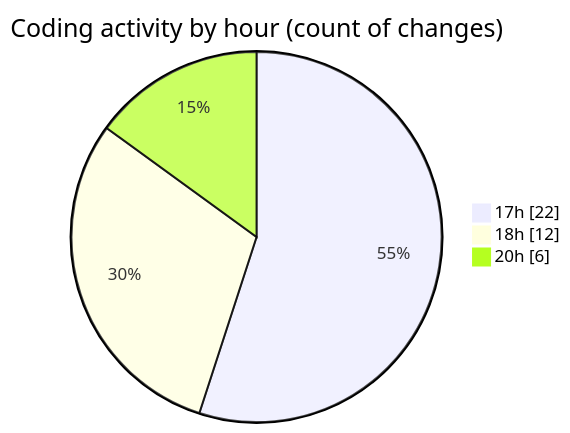
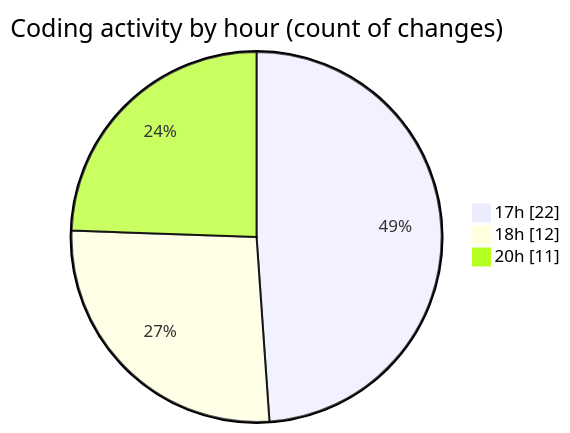
One commit to Netris89/code-tracking changed the second of 2 diagrams in 2025-10-30/skintrack/README.md. Above: the diagram before and after it, drawn with Mermaid. The commit also changed other lines of this file and 1 other file, not shown here.

````diff
--- a/2025-10-30/skintrack/README.md
+++ b/2025-10-30/skintrack/README.md
@@ -33,7 +34,7 @@
 ```mermaid
 pie showData
 title Coding activity by hour (count of changes)
 "17h" : 22
 "18h" : 12
-"20h" : 6
+"20h" : 11
 ```
````
